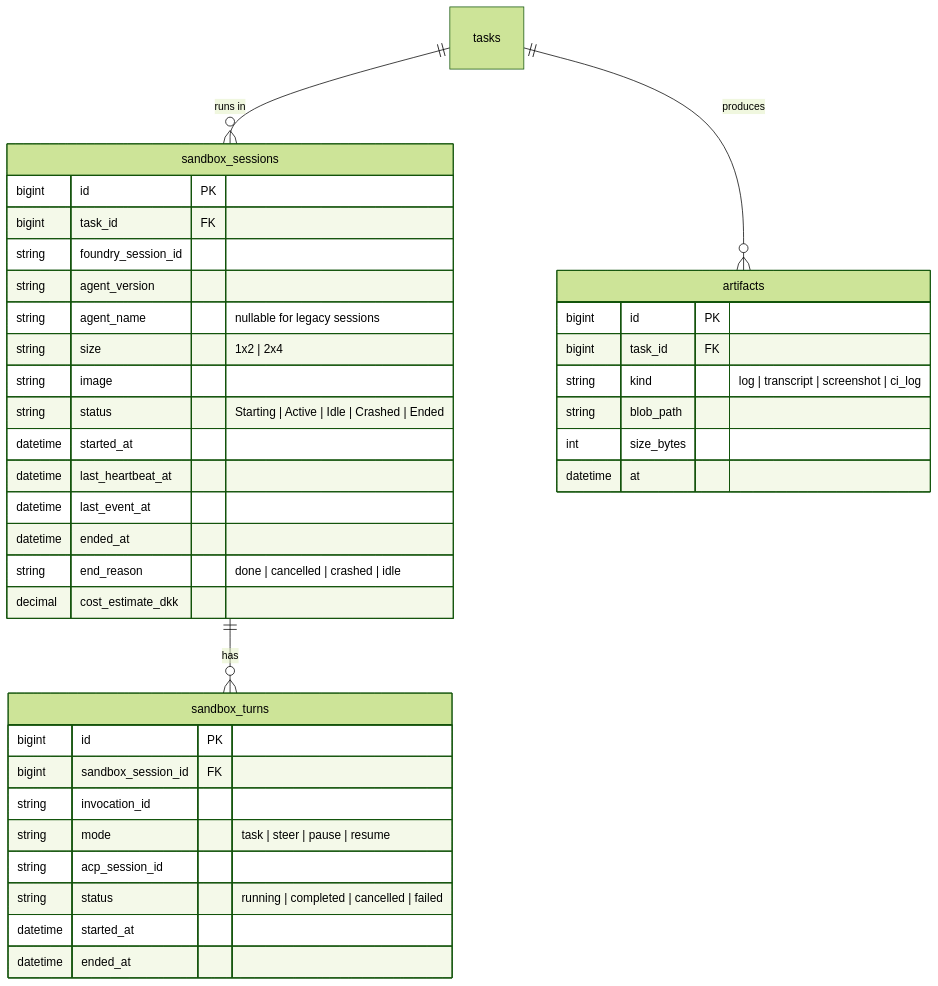
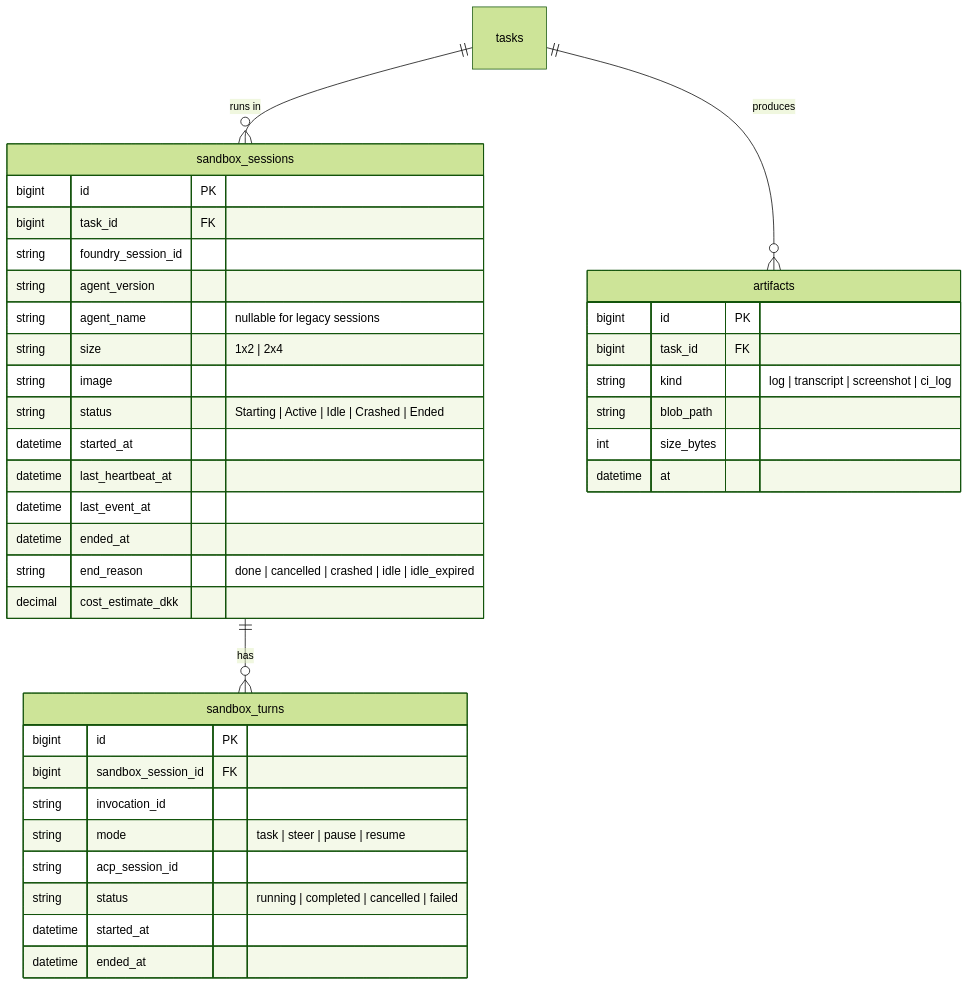
The fifth of 8 diagrams in docs/data-model.md (DanAakesen/jarvis), drawn with Mermaid (forest theme) before and after one commit. The commit also changed other lines of this file and 28 other files, not shown here.

````diff
--- a/docs/data-model.md
+++ b/docs/data-model.md
@@ -276,40 +279,40 @@
 ```mermaid
 erDiagram
     tasks ||--o{ sandbox_sessions : "runs in"
     sandbox_sessions ||--o{ sandbox_turns : has
     tasks ||--o{ artifacts : produces
     sandbox_sessions {
         bigint id PK
         bigint task_id FK
         string foundry_session_id
         string agent_version
         string agent_name "nullable for legacy sessions"
         string size "1x2 | 2x4"
         string image
         string status "Starting | Active | Idle | Crashed | Ended"
         datetime started_at
         datetime last_heartbeat_at
         datetime last_event_at
         datetime ended_at
-        string end_reason "done | cancelled | crashed | idle"
+        string end_reason "done | cancelled | crashed | idle | idle_expired"
         decimal cost_estimate_dkk
     }
     sandbox_turns {
         bigint id PK
         bigint sandbox_session_id FK
         string invocation_id
         string mode "task | steer | pause | resume"
         string acp_session_id
         string status "running | completed | cancelled | failed"
         datetime started_at
         datetime ended_at
     }
     artifacts {
         bigint id PK
         bigint task_id FK
         string kind "log | transcript | screenshot | ci_log"
         string blob_path
         int size_bytes
         datetime at
     }
 ```
````
